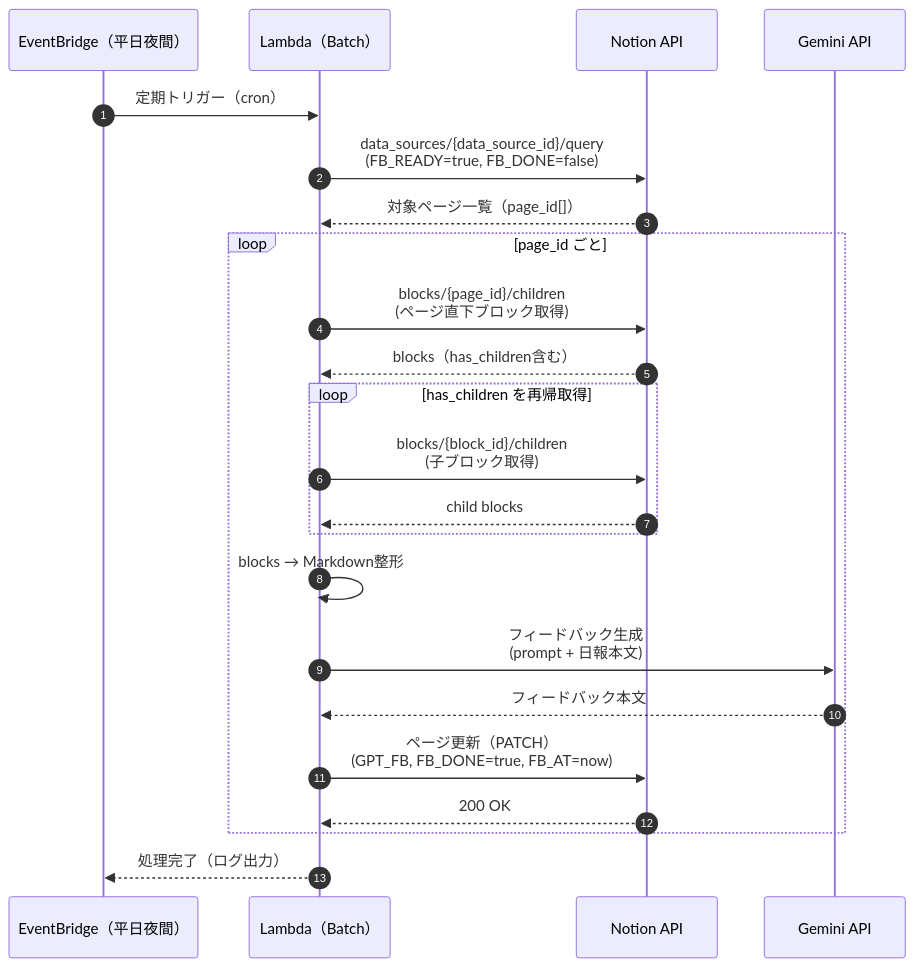
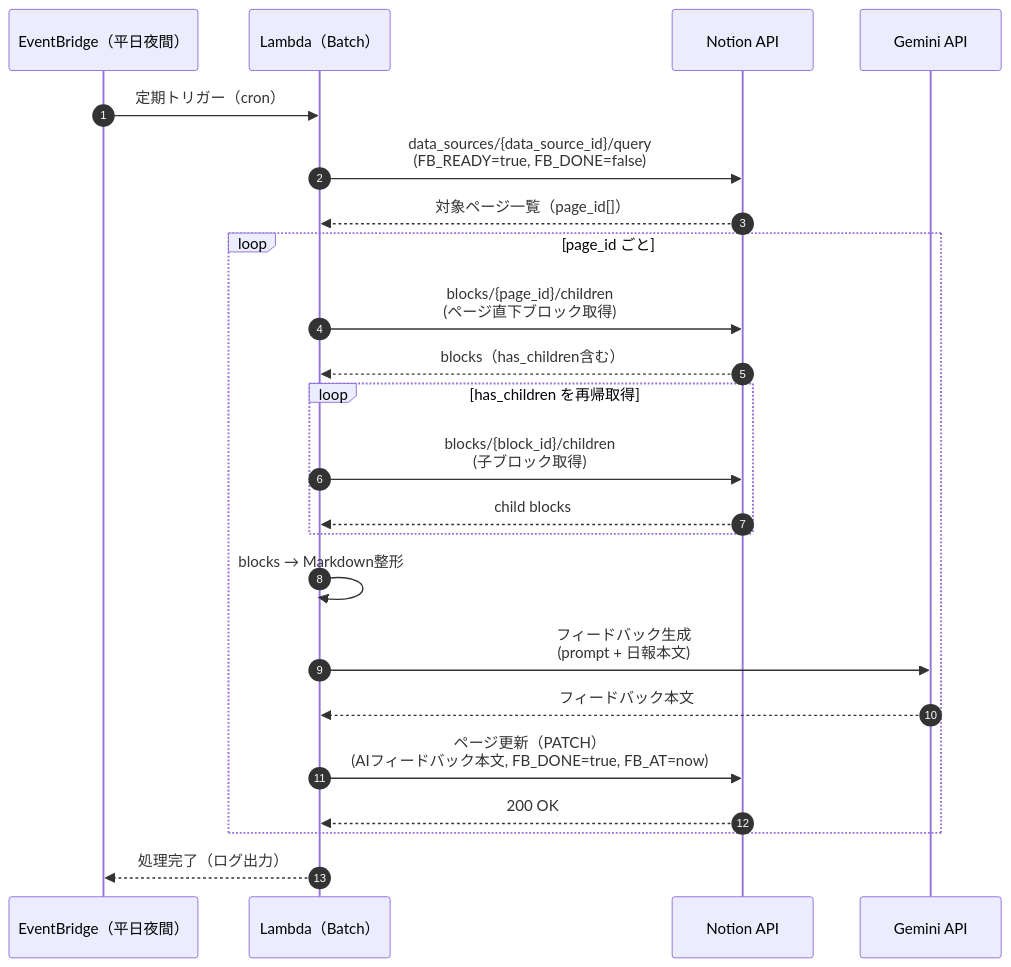
The diagram in docs/processing-flow.md (sidedishjob/report-feedback-automation), drawn with Mermaid before and after one commit. The commit also changed 6 other files, not shown here.

````diff
--- a/docs/processing-flow.md
+++ b/docs/processing-flow.md
@@ -21,31 +21,31 @@
 ```mermaid
 sequenceDiagram
     autonumber
     participant EB as EventBridge（平日夜間）
     participant L as Lambda（Batch）
     participant N as Notion API
     participant G as Gemini API
 
     EB->>L: 定期トリガー（cron）
     L->>N: data_sources/{data_source_id}/query<br/>(FB_READY=true, FB_DONE=false)
     N-->>L: 対象ページ一覧（page_id[]）
 
     loop page_id ごと
         L->>N: blocks/{page_id}/children<br/>(ページ直下ブロック取得)
         N-->>L: blocks（has_children含む）
 
         loop has_children を再帰取得
             L->>N: blocks/{block_id}/children<br/>(子ブロック取得)
             N-->>L: child blocks
         end
 
         L->>L: blocks → Markdown整形
         L->>G: フィードバック生成<br/>(prompt + 日報本文)
         G-->>L: フィードバック本文
 
-        L->>N: ページ更新（PATCH）<br/>(GPT_FB, FB_DONE=true, FB_AT=now)
+        L->>N: ページ更新（PATCH）<br/>(AIフィードバック本文, FB_DONE=true, FB_AT=now)
         N-->>L: 200 OK
     end
 
     L-->>EB: 処理完了（ログ出力）
 ```
````
